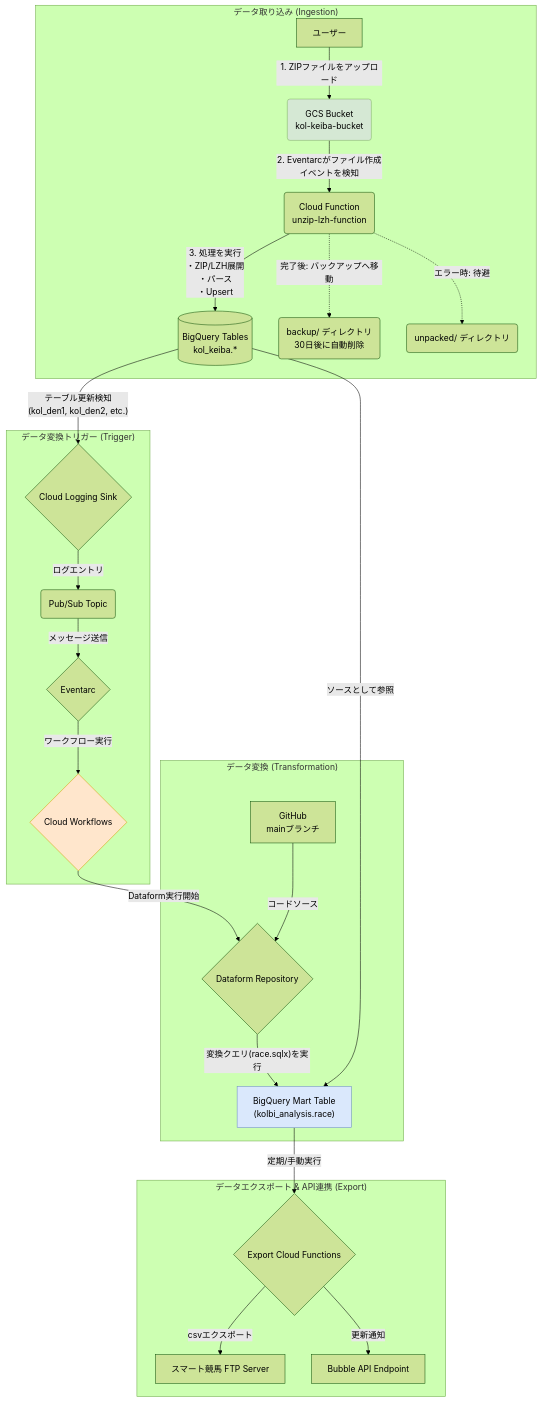
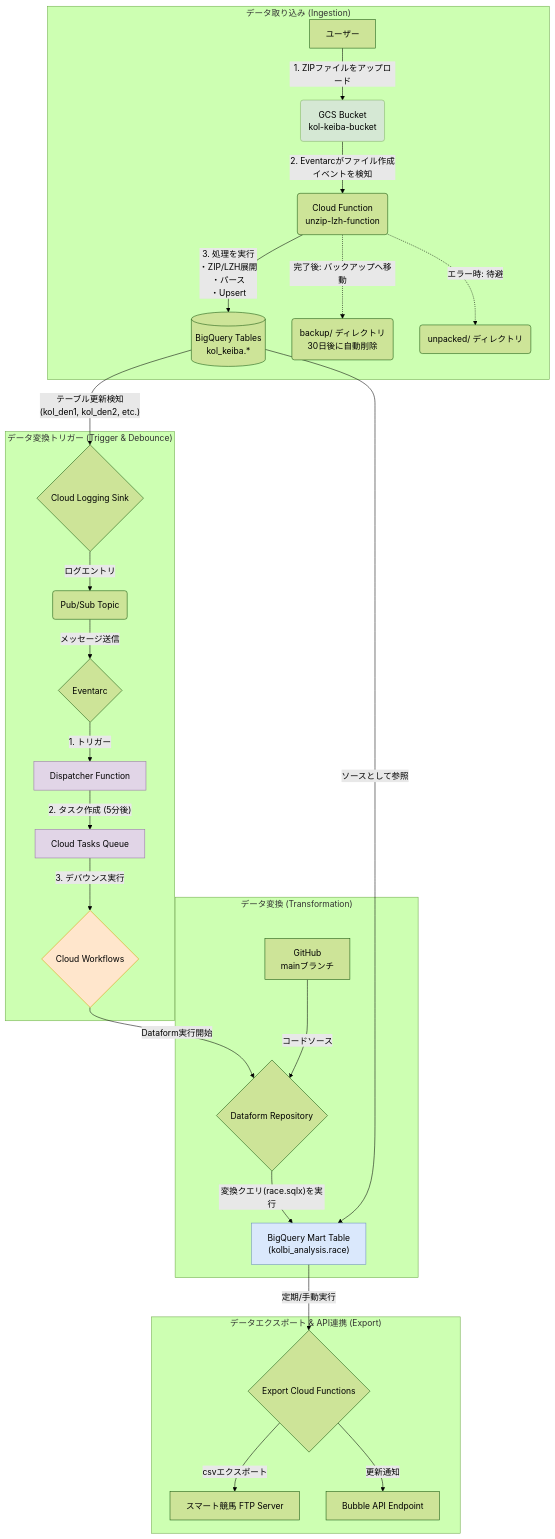
Before and after one commit to ENDoDo/kol-gcp-dwh: the diagram in README.md, drawn with Mermaid (forest theme). The commit also changed other lines of this file, not shown here.

Commit message:
README.mdを更新しました。
更新内容:

アーキテクチャ図: Dispatcher Function と Cloud Tasks を追加し、デバウンスの流れを可視化しました。
データ変換トリガー: イベント検知から「5分間のデバウンス（遅延実行）」を経てワークフローが実行される仕組みを追記しました。
技術スタック: Cloud Tasks (非同期処理・デバウンス用) を追加しました。

````diff
--- a/README.md
+++ b/README.md
@@ -17,34 +17,38 @@
 ```mermaid
 graph TD
     subgraph "データ取り込み (Ingestion)"
         User[ユーザー] -->|1. ZIPファイルをアップロード| GCS(GCS Bucket<br>kol-keiba-bucket);
         GCS -->|2. Eventarcがファイル作成イベントを検知| CF(Cloud Function<br>unzip-lzh-function);
         CF -->|3. 処理を実行<br>・ZIP/LZH展開<br>・パース<br>・Upsert| D[(BigQuery Tables<br>kol_keiba.*)];
         CF -.->|完了後: バックアップへ移動| Backup(backup/ ディレクトリ<br>30日後に自動削除);
         CF -.->|エラー時: 待避| Unpacked(unpacked/ ディレクトリ);
     end
 
-    subgraph "データ変換トリガー (Trigger)"
+    subgraph "データ変換トリガー (Trigger & Debounce)"
         D -- "テーブル更新検知<br>(kol_den1, kol_den2, etc.)" --> L{Cloud Logging Sink};
         L -- "ログエントリ" --> P(Pub/Sub Topic);
         P -- "メッセージ送信" --> E{Eventarc};
-        E -- "ワークフロー実行" --> W{Cloud Workflows};
+        E -- "1. トリガー" --> Dis[Dispatcher Function];
+        Dis -- "2. タスク作成 (5分後)" --> Q[Cloud Tasks Queue];
+        Q -- "3. デバウンス実行" --> W{Cloud Workflows};
     end
 
     subgraph "データ変換 (Transformation)"
         Git[GitHub<br>mainブランチ] -- コードソース --> R{Dataform Repository};
         W -- "Dataform実行開始" --> R;
         R -- "変換クエリ(race.sqlx)を実行" --> G["BigQuery Mart Table<br>(kolbi_analysis.race)"];
         D -- ソースとして参照 --> G;
     end
 
     subgraph "データエクスポート & API連携 (Export)"
         G -->|定期/手動実行| ExportCF{Export Cloud Functions};
         ExportCF -->|csvエクスポート| FTP[スマート競馬 FTP Server];
         ExportCF -->|更新通知| Bubble[Bubble API Endpoint];
     end
 
     style GCS fill:#D5E8D4,stroke:#82B366
     style G fill:#DAE8FC,stroke:#6C8EBF
     style W fill:#FFE6CC,stroke:#D79B00
+    style Dis fill:#E1D5E7,stroke:#9673A6
+    style Q fill:#E1D5E7,stroke:#9673A6
 ```
````
